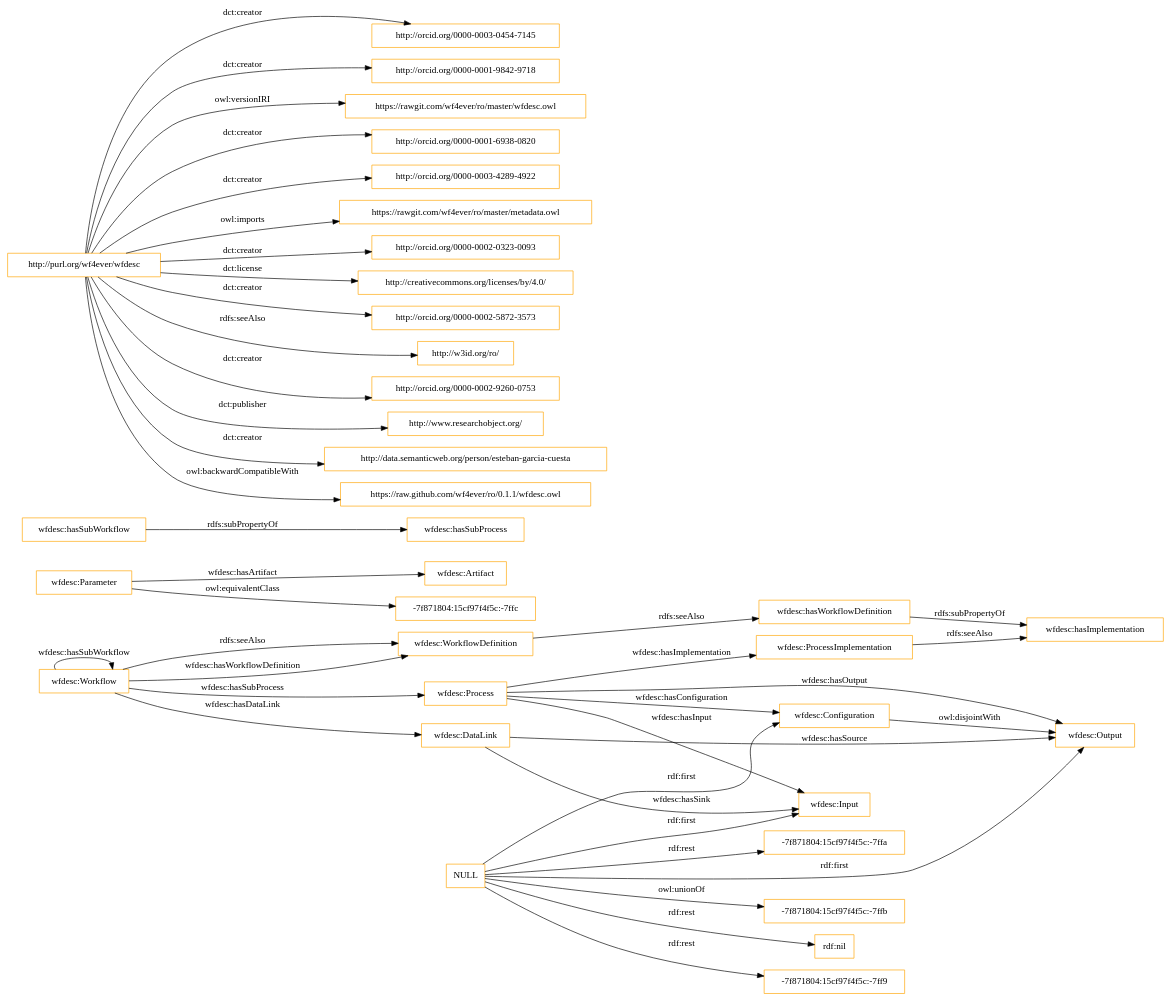
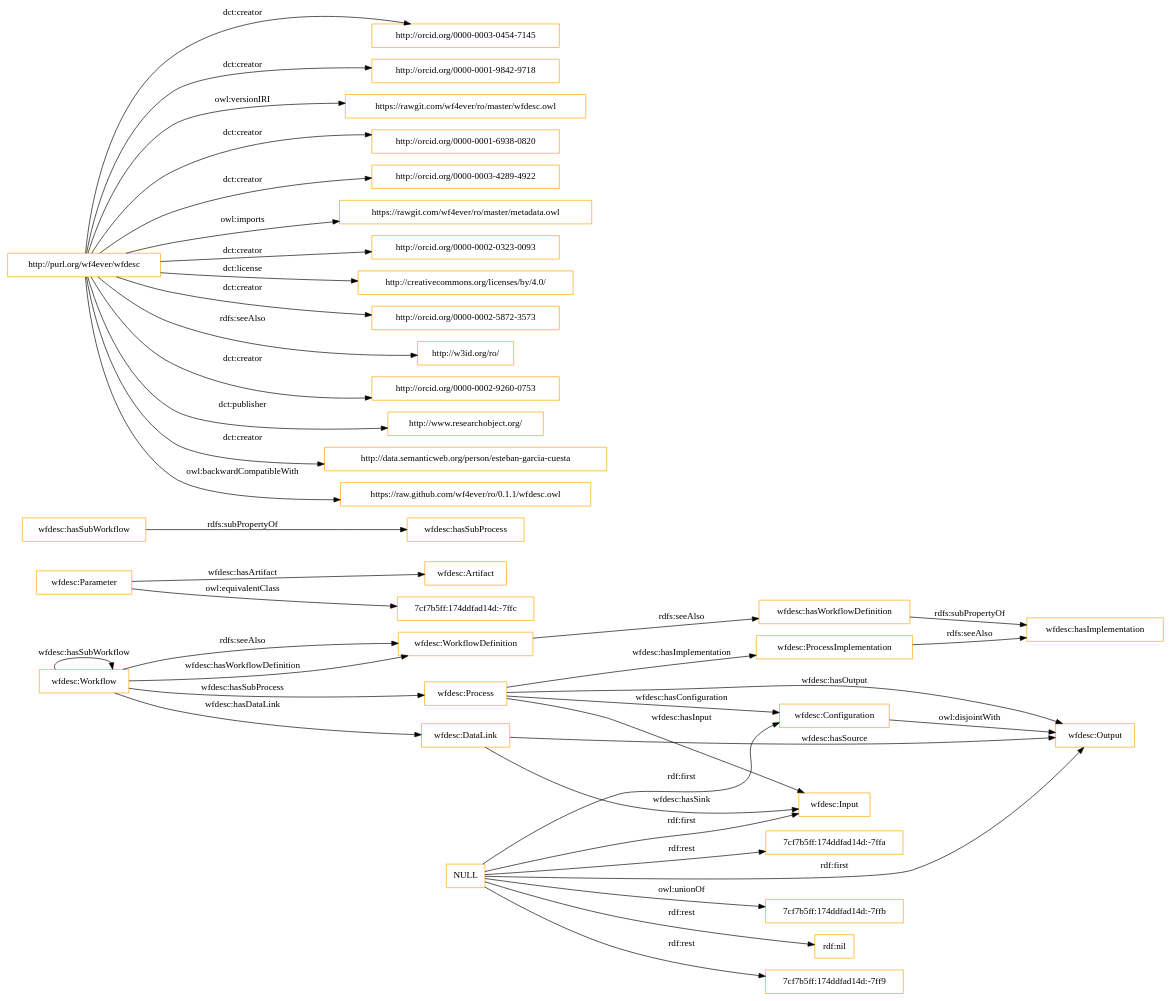
The diagram in OnToology/wfdesc.owl/diagrams/ar2dtool-class/wfdesc.owl.png.dot (ahmad88me/ro), drawn with Graphviz before and after one commit. The commit also changed 231 other files, not shown here.

```diff
--- a/OnToology/wfdesc.owl/diagrams/ar2dtool-class/wfdesc.owl.png.dot
+++ b/OnToology/wfdesc.owl/diagrams/ar2dtool-class/wfdesc.owl.png.dot
@@ -1,45 +1,45 @@
 digraph ar2dtool_diagram { 
 rankdir=LR;
 size="1501"
-node [shape = rectangle, color="orange"]; "wfdesc:Workflow" "wfdesc:Artifact" "wfdesc:DataLink" "wfdesc:Input" "wfdesc:Parameter" "wfdesc:Output" "wfdesc:Process" "wfdesc:WorkflowDefinition" "-7f871804:15cf97f4f5c:-7ffc" "wfdesc:ProcessImplementation" "wfdesc:Configuration" ; /*classes style*/
-	"NULL" -> "-7f871804:15cf97f4f5c:-7ff9" [ label = "rdf:rest" ];
+node [shape = rectangle, color="orange"]; "wfdesc:Workflow" "wfdesc:Artifact" "7cf7b5ff:174ddfad14d:-7ffc" "wfdesc:DataLink" "wfdesc:Input" "wfdesc:Parameter" "wfdesc:Output" "wfdesc:Process" "wfdesc:WorkflowDefinition" "wfdesc:ProcessImplementation" "wfdesc:Configuration" ; /*classes style*/
+	"NULL" -> "7cf7b5ff:174ddfad14d:-7ff9" [ label = "rdf:rest" ];
 	"NULL" -> "wfdesc:Input" [ label = "rdf:first" ];
-	"NULL" -> "-7f871804:15cf97f4f5c:-7ffa" [ label = "rdf:rest" ];
+	"NULL" -> "7cf7b5ff:174ddfad14d:-7ffa" [ label = "rdf:rest" ];
 	"NULL" -> "wfdesc:Configuration" [ label = "rdf:first" ];
-	"NULL" -> "-7f871804:15cf97f4f5c:-7ffb" [ label = "owl:unionOf" ];
+	"NULL" -> "7cf7b5ff:174ddfad14d:-7ffb" [ label = "owl:unionOf" ];
 	"NULL" -> "rdf:nil" [ label = "rdf:rest" ];
 	"NULL" -> "wfdesc:Output" [ label = "rdf:first" ];
 	"wfdesc:Configuration" -> "wfdesc:Output" [ label = "owl:disjointWith" ];
 	"wfdesc:ProcessImplementation" -> "wfdesc:hasImplementation" [ label = "rdfs:seeAlso" ];
 	"wfdesc:Workflow" -> "wfdesc:WorkflowDefinition" [ label = "rdfs:seeAlso" ];
 	"wfdesc:WorkflowDefinition" -> "wfdesc:hasWorkflowDefinition" [ label = "rdfs:seeAlso" ];
 	"wfdesc:hasSubWorkflow" -> "wfdesc:hasSubProcess" [ label = "rdfs:subPropertyOf" ];
-	"wfdesc:Parameter" -> "-7f871804:15cf97f4f5c:-7ffc" [ label = "owl:equivalentClass" ];
+	"wfdesc:Parameter" -> "7cf7b5ff:174ddfad14d:-7ffc" [ label = "owl:equivalentClass" ];
 	"http://purl.org/wf4ever/wfdesc" -> "http://orcid.org/0000-0003-0454-7145" [ label = "dct:creator" ];
 	"http://purl.org/wf4ever/wfdesc" -> "http://orcid.org/0000-0001-9842-9718" [ label = "dct:creator" ];
 	"http://purl.org/wf4ever/wfdesc" -> "https://rawgit.com/wf4ever/ro/master/wfdesc.owl" [ label = "owl:versionIRI" ];
 	"http://purl.org/wf4ever/wfdesc" -> "http://orcid.org/0000-0001-6938-0820" [ label = "dct:creator" ];
 	"http://purl.org/wf4ever/wfdesc" -> "http://orcid.org/0000-0003-4289-4922" [ label = "dct:creator" ];
 	"http://purl.org/wf4ever/wfdesc" -> "https://rawgit.com/wf4ever/ro/master/metadata.owl" [ label = "owl:imports" ];
 	"http://purl.org/wf4ever/wfdesc" -> "http://orcid.org/0000-0002-0323-0093" [ label = "dct:creator" ];
 	"http://purl.org/wf4ever/wfdesc" -> "http://creativecommons.org/licenses/by/4.0/" [ label = "dct:license" ];
 	"http://purl.org/wf4ever/wfdesc" -> "http://orcid.org/0000-0002-5872-3573" [ label = "dct:creator" ];
 	"http://purl.org/wf4ever/wfdesc" -> "http://w3id.org/ro/" [ label = "rdfs:seeAlso" ];
 	"http://purl.org/wf4ever/wfdesc" -> "http://orcid.org/0000-0002-9260-0753" [ label = "dct:creator" ];
 	"http://purl.org/wf4ever/wfdesc" -> "http://www.researchobject.org/" [ label = "dct:publisher" ];
 	"http://purl.org/wf4ever/wfdesc" -> "http://data.semanticweb.org/person/esteban-garcia-cuesta" [ label = "dct:creator" ];
 	"http://purl.org/wf4ever/wfdesc" -> "https://raw.github.com/wf4ever/ro/0.1.1/wfdesc.owl" [ label = "owl:backwardCompatibleWith" ];
 	"wfdesc:hasWorkflowDefinition" -> "wfdesc:hasImplementation" [ label = "rdfs:subPropertyOf" ];
 	"wfdesc:Parameter" -> "wfdesc:Artifact" [ label = "wfdesc:hasArtifact" ];
 	"wfdesc:Process" -> "wfdesc:Configuration" [ label = "wfdesc:hasConfiguration" ];
 	"wfdesc:Workflow" -> "wfdesc:Workflow" [ label = "wfdesc:hasSubWorkflow" ];
 	"wfdesc:Workflow" -> "wfdesc:WorkflowDefinition" [ label = "wfdesc:hasWorkflowDefinition" ];
 	"wfdesc:Workflow" -> "wfdesc:Process" [ label = "wfdesc:hasSubProcess" ];
 	"wfdesc:Process" -> "wfdesc:Output" [ label = "wfdesc:hasOutput" ];
 	"wfdesc:Process" -> "wfdesc:ProcessImplementation" [ label = "wfdesc:hasImplementation" ];
 	"wfdesc:Workflow" -> "wfdesc:DataLink" [ label = "wfdesc:hasDataLink" ];
 	"wfdesc:DataLink" -> "wfdesc:Output" [ label = "wfdesc:hasSource" ];
 	"wfdesc:DataLink" -> "wfdesc:Input" [ label = "wfdesc:hasSink" ];
 	"wfdesc:Process" -> "wfdesc:Input" [ label = "wfdesc:hasInput" ];
 
 }
```
